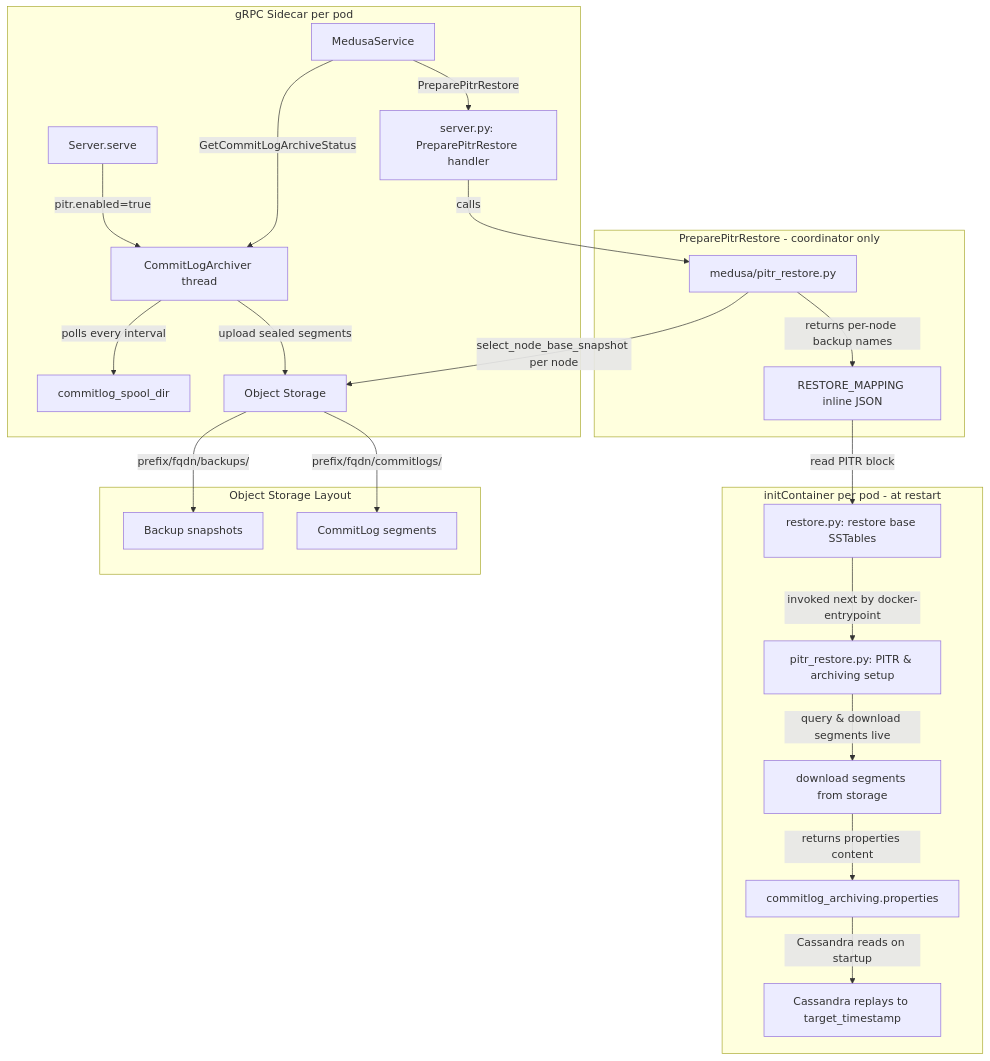
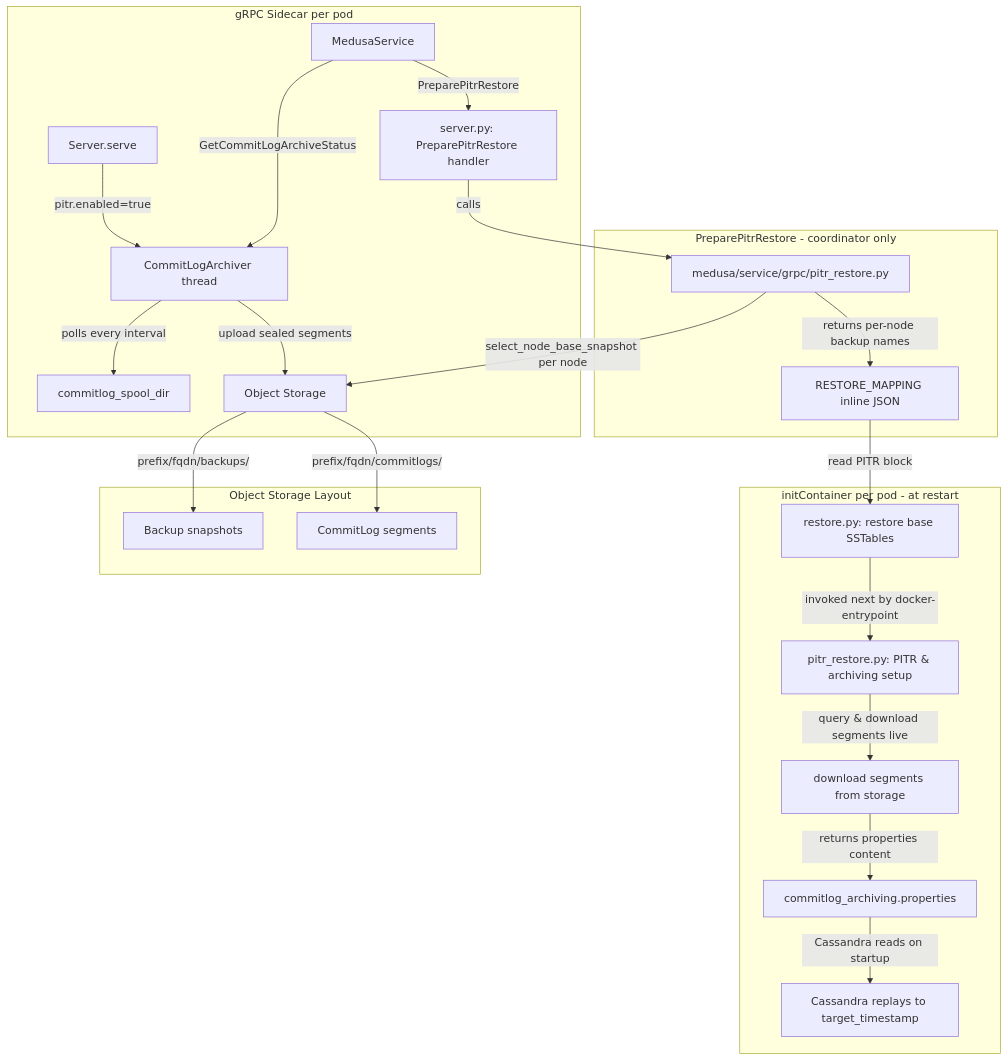
One commit to thelastpickle/cassandra-medusa changed the first of 2 diagrams in docs/superpowers/specs/pitr-design-doc.md. Above: the diagram before and after it, drawn with Mermaid.

Commit message:
docs(pitr): relabel §4.1 RPC handler callee to fully-qualified path (I5)

````diff
--- a/docs/superpowers/specs/pitr-design-doc.md
+++ b/docs/superpowers/specs/pitr-design-doc.md
@@ -100,29 +100,29 @@
 ```mermaid
 graph TD
     subgraph gRPC Sidecar per pod
         S[Server.serve] -->|pitr.enabled=true| A[CommitLogArchiver thread]
         A -->|polls every interval| CL[commitlog_spool_dir]
         A -->|upload sealed segments| OS[Object Storage]
         SVC[MedusaService] -->|GetCommitLogArchiveStatus| A
         SVC -->|PreparePitrRestore| RPC_HANDLER[server.py: PreparePitrRestore handler]
     end
 
     subgraph PreparePitrRestore - coordinator only
-        RPC_HANDLER -->|calls| PITR_MODULE[medusa/pitr_restore.py]
+        RPC_HANDLER -->|calls| PITR_MODULE[medusa/service/grpc/pitr_restore.py]
         PITR_MODULE -->|select_node_base_snapshot per node| OS
         PITR_MODULE -->|returns per-node backup names| RM[RESTORE_MAPPING inline JSON]
     end
 
     subgraph initContainer per pod - at restart
         RM -->|read PITR block| RC[restore.py: restore base SSTables]
         RC -->|invoked next by docker-entrypoint| PR[pitr_restore.py: PITR & archiving setup]
         PR -->|query & download segments live| DL[download segments from storage]
         DL -->|returns properties content| PROPS[commitlog_archiving.properties]
         PROPS -->|Cassandra reads on startup| CS[Cassandra replays to target_timestamp]
     end
 
     subgraph Object Storage Layout
         OS --> |prefix/fqdn/backups/| BK[Backup snapshots]
         OS --> |prefix/fqdn/commitlogs/| CLS[CommitLog segments]
     end
 ```
````
